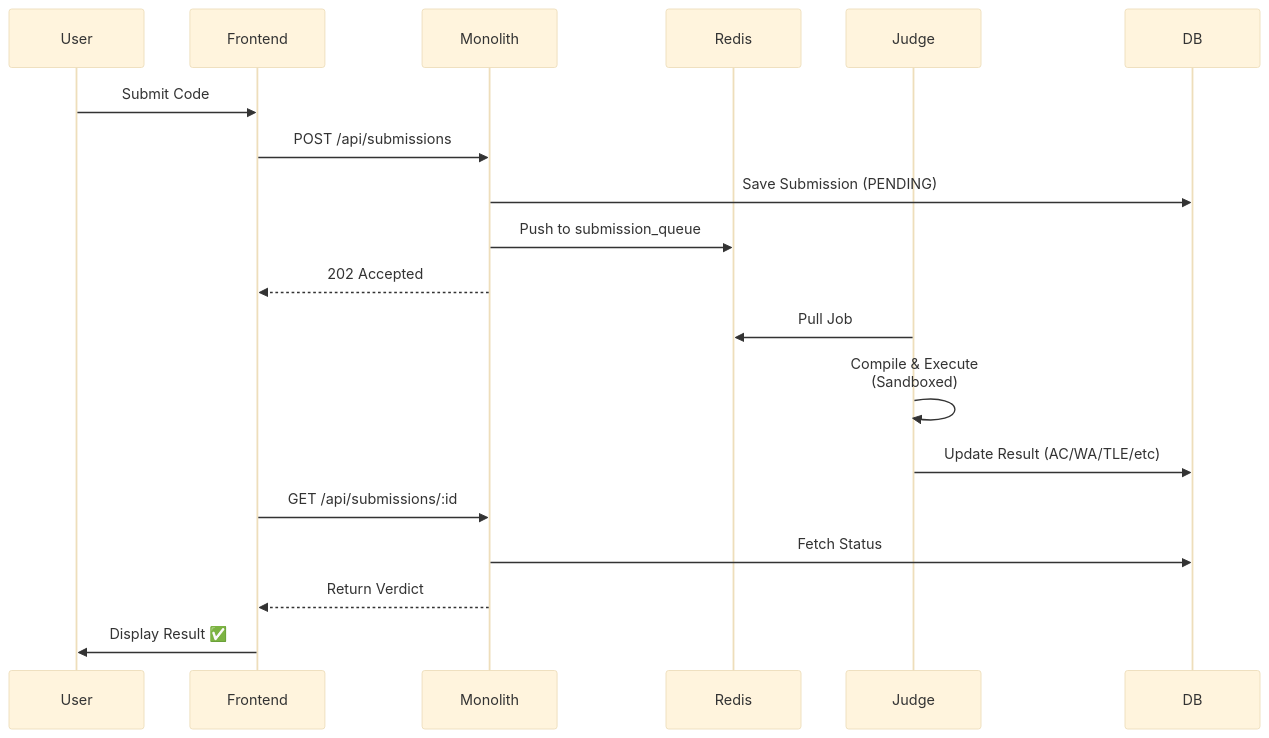
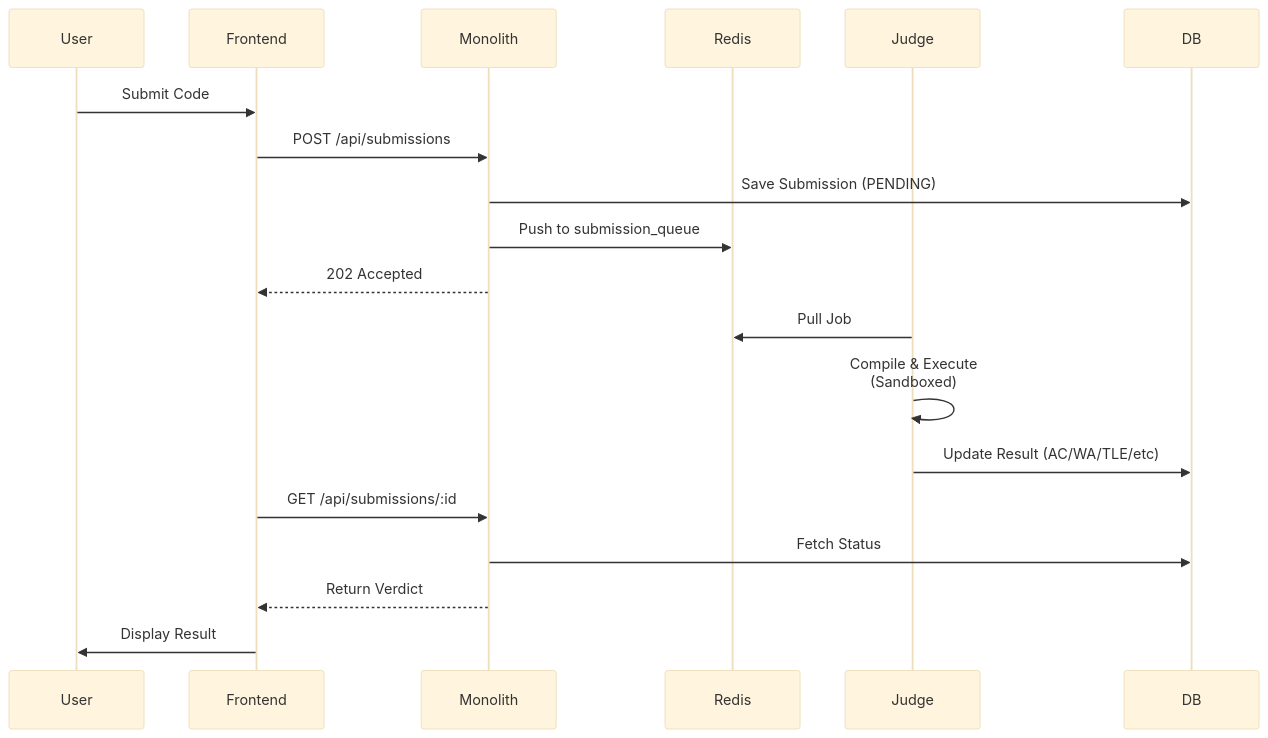
One commit to kwant-dbg/CodeJudge changed the second of 2 diagrams in README.md. Above: the diagram before and after it, drawn with Mermaid (base theme). The commit also changed other lines of this file, not shown here.

````diff
--- a/README.md
+++ b/README.md
@@ -197,24 +197,24 @@
 ```mermaid
 sequenceDiagram
     participant User
     participant Frontend
     participant Monolith
     participant Redis
     participant Judge
     participant DB
 
     User->>Frontend: Submit Code
     Frontend->>Monolith: POST /api/submissions
     Monolith->>DB: Save Submission (PENDING)
     Monolith->>Redis: Push to submission_queue
     Monolith-->>Frontend: 202 Accepted
     
     Judge->>Redis: Pull Job
     Judge->>Judge: Compile & Execute<br/>(Sandboxed)
     Judge->>DB: Update Result (AC/WA/TLE/etc)
     
     Frontend->>Monolith: GET /api/submissions/:id
     Monolith->>DB: Fetch Status
     Monolith-->>Frontend: Return Verdict
-    Frontend->>User: Display Result ✅
+    Frontend->>User: Display Result
 ```
````
